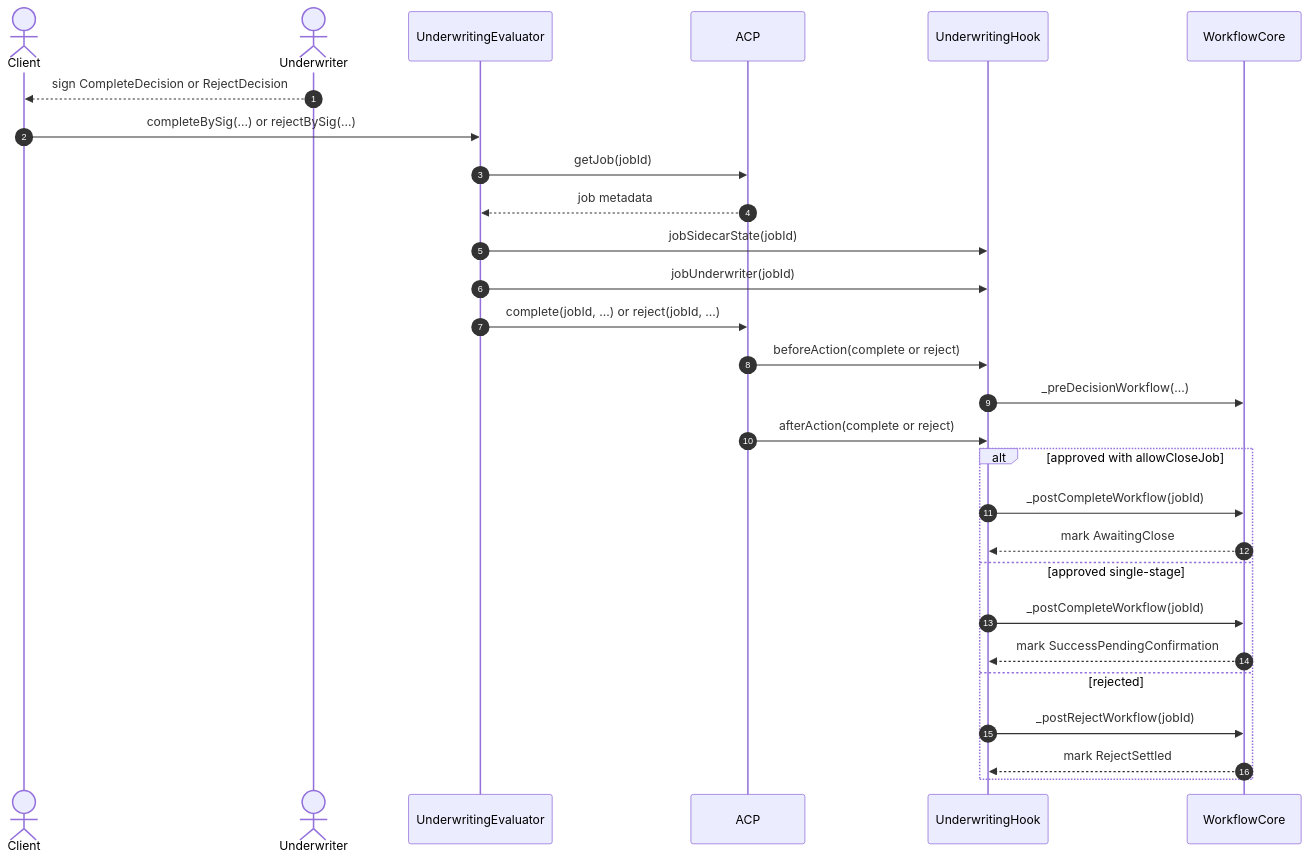
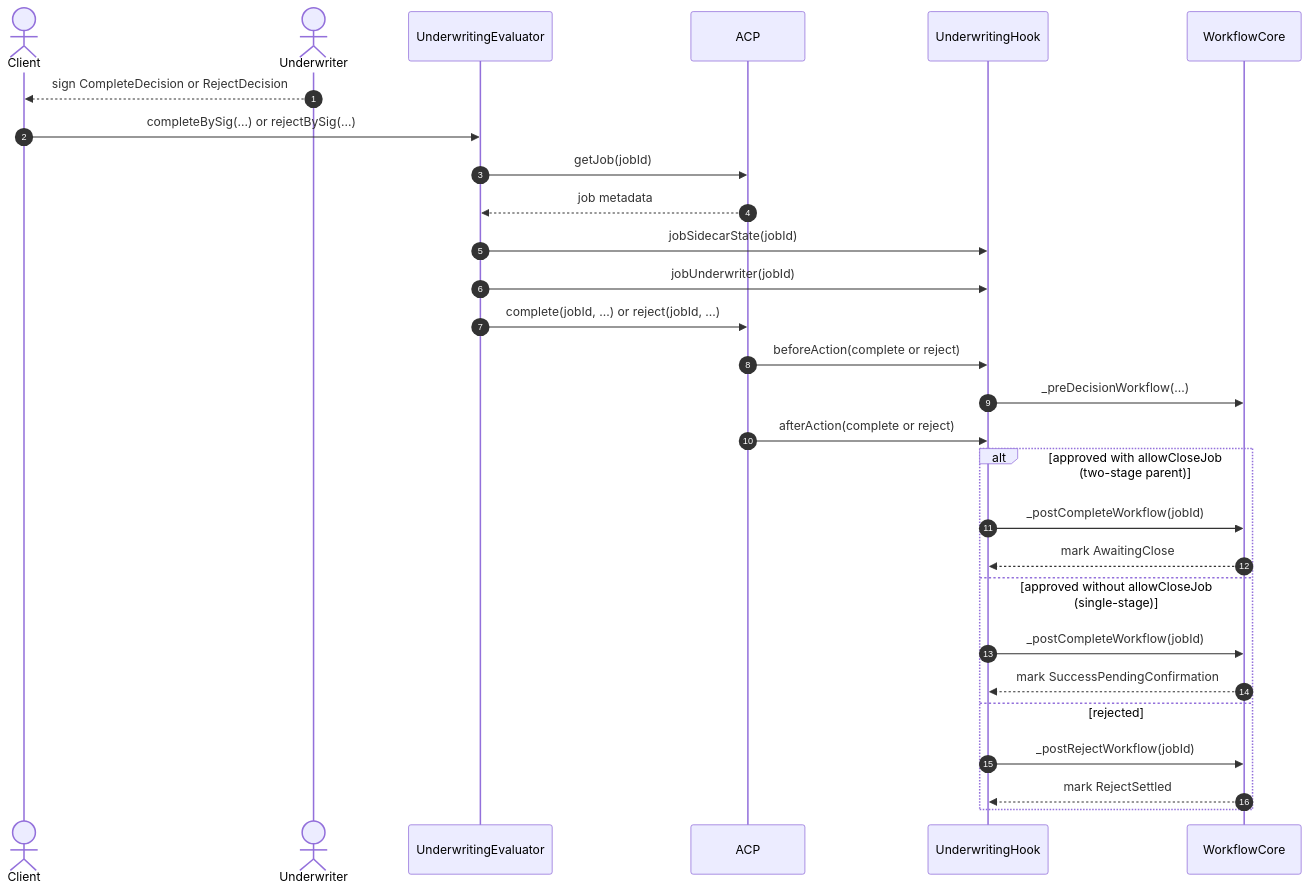
Before and after one commit to tsubasakong/hook-contracts: the fifth of 8 diagrams in docs/underwriting-hook-acp-core-sequence.md, drawn with Mermaid. The commit also changed other lines of this file and 1 other file, not shown here.

First line of the commit message:
docs: clarify how setBudget commit payload discriminates job types

````diff
--- a/docs/underwriting-hook-acp-core-sequence.md
+++ b/docs/underwriting-hook-acp-core-sequence.md
@@ -115,31 +150,31 @@
 ```mermaid
 sequenceDiagram
     autonumber
     actor Client
     actor Underwriter
     participant Eval as UnderwritingEvaluator
     participant ACP as ACP
     participant Hook as UnderwritingHook
     participant Flow as WorkflowCore
 
     Underwriter-->>Client: sign CompleteDecision or RejectDecision
     Client->>Eval: completeBySig(...) or rejectBySig(...)
     Eval->>ACP: getJob(jobId)
     ACP-->>Eval: job metadata
     Eval->>Hook: jobSidecarState(jobId)
     Eval->>Hook: jobUnderwriter(jobId)
     Eval->>ACP: complete(jobId, ...) or reject(jobId, ...)
     ACP->>Hook: beforeAction(complete or reject)
     Hook->>Flow: _preDecisionWorkflow(...)
     ACP->>Hook: afterAction(complete or reject)
-    alt approved with allowCloseJob
+    alt approved with allowCloseJob (two-stage parent)
         Hook->>Flow: _postCompleteWorkflow(jobId)
         Flow-->>Hook: mark AwaitingClose
-    else approved single-stage
+    else approved without allowCloseJob (single-stage)
         Hook->>Flow: _postCompleteWorkflow(jobId)
         Flow-->>Hook: mark SuccessPendingConfirmation
     else rejected
         Hook->>Flow: _postRejectWorkflow(jobId)
         Flow-->>Hook: mark RejectSettled
     end
 ```
````
